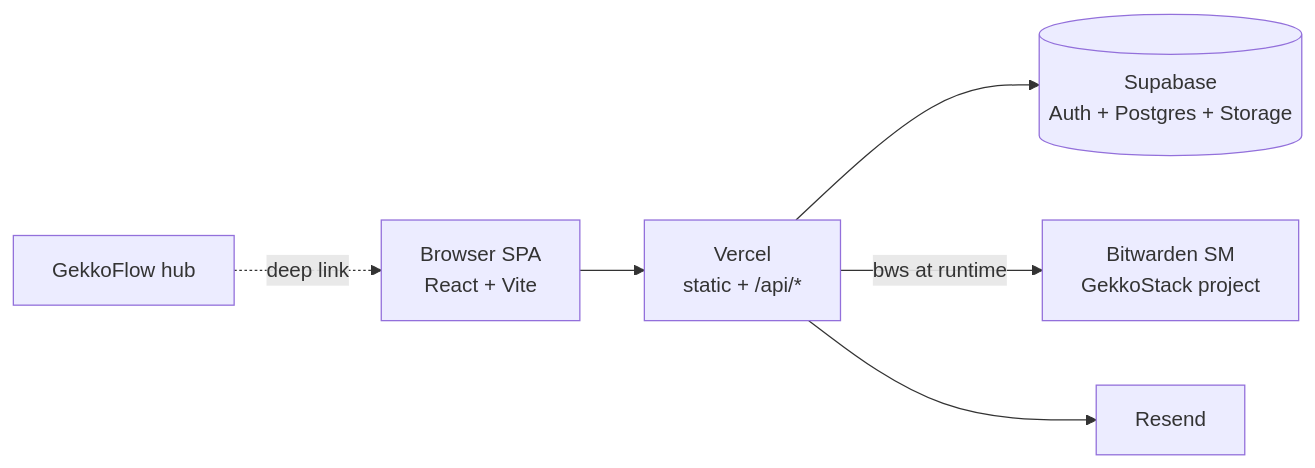
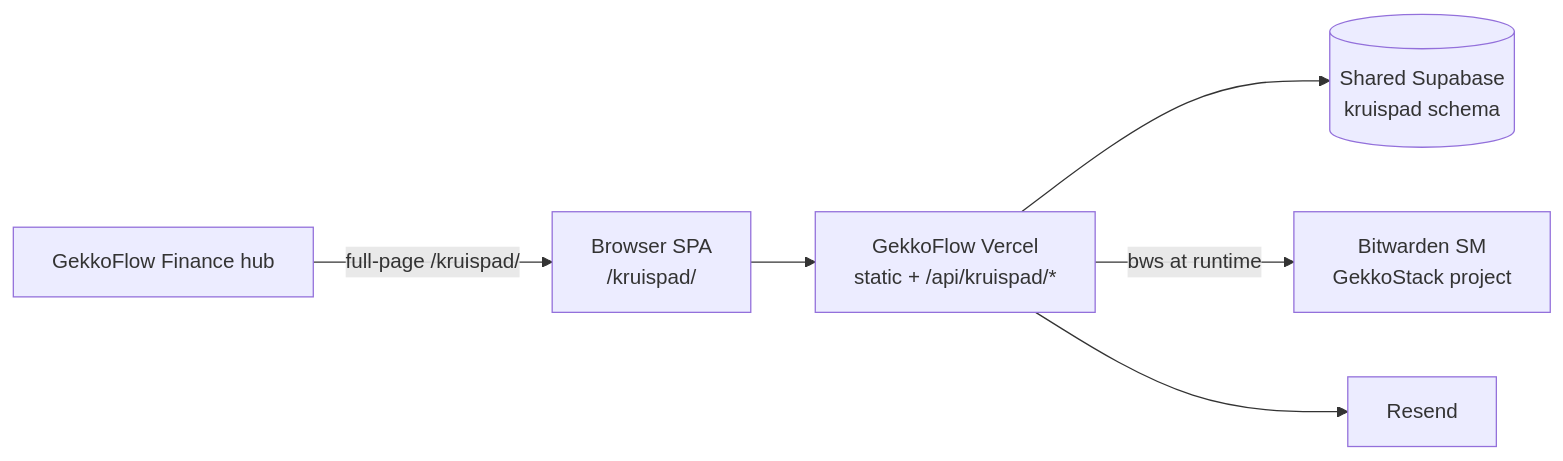
The second of 3 diagrams in docs/architecture/ARCHITECTURE.md (EswanHoll/Kruispad), drawn with Mermaid before and after one commit. The commit also changed other lines of this file and 20 other files, not shown here.

First line of the commit message:
feat: host Kruispad under GekkoFlow at /kruispad/

````diff
--- a/docs/architecture/ARCHITECTURE.md
+++ b/docs/architecture/ARCHITECTURE.md
@@ -57,8 +58,8 @@
 ```mermaid
 flowchart LR
-  Browser["Browser SPA\nReact + Vite"] --> Vercel["Vercel\nstatic + /api/*"]
-  Vercel --> SB[(Supabase\nAuth + Postgres + Storage)]
-  Vercel -->|"bws at runtime"| BWS["Bitwarden SM\nGekkoStack project"]
-  Vercel --> RS[Resend]
-  GekkoFlow["GekkoFlow hub"] -.->|"deep link"| Browser
+  Browser["Browser SPA\n/kruispad/"] --> GekkoVercel["GekkoFlow Vercel\nstatic + /api/kruispad/*"]
+  GekkoVercel --> SB[(Shared Supabase\nkruispad schema)]
+  GekkoVercel -->|"bws at runtime"| BWS["Bitwarden SM\nGekkoStack project"]
+  GekkoVercel --> RS[Resend]
+  Hub["GekkoFlow Finance hub"] -->|"full-page /kruispad/"| Browser
 ```
````
